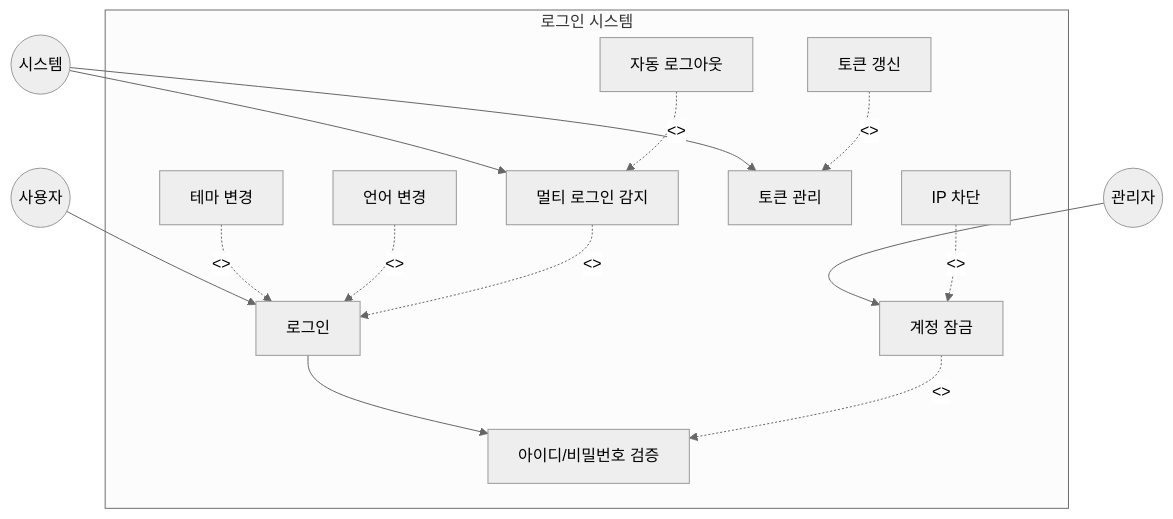
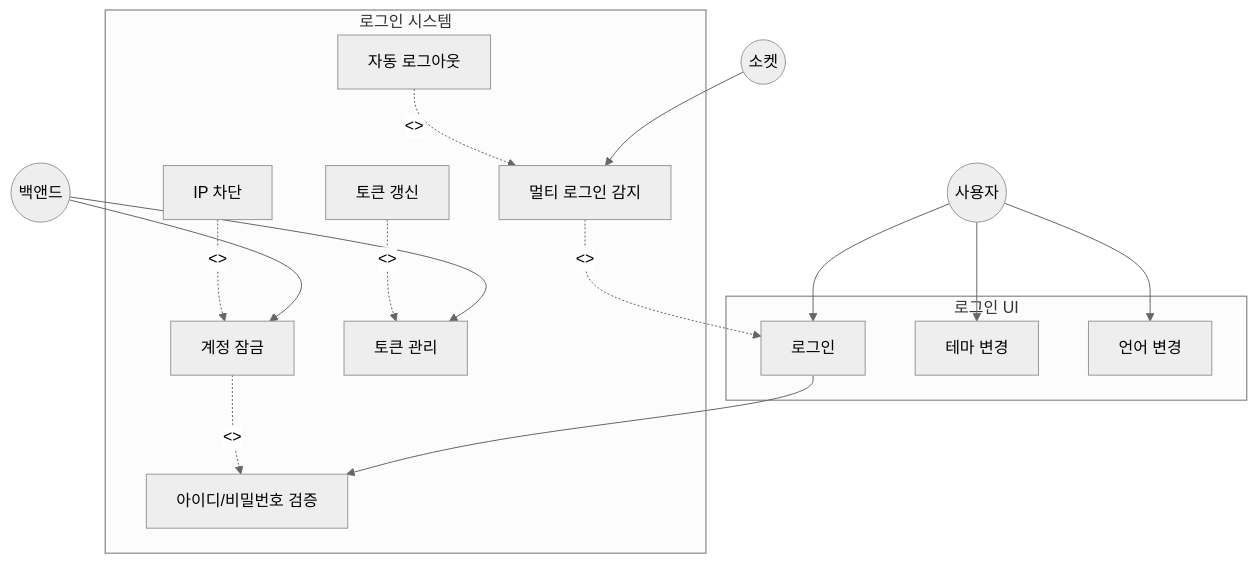
The diagram in documents/분석/로그인/02.flow.md (thanksLee/vitamin-monorepo), drawn with Mermaid (neutral theme) before and after one commit. The commit also changed 2 other files, not shown here.

Commit message:
[COMMON][MONOREPO][#15] docs: Update document

````diff
--- a/documents/분석/로그인/02.flow.md
+++ b/documents/분석/로그인/02.flow.md
@@ -7,52 +7,56 @@
 ```mermaid
 flowchart TB
     %% Actors
     User((사용자))
-    Admin((관리자))
-    System((시스템))
+    Socket((소켓))
+    Backend((백앤드))
 
     %% Use Cases
     Login[로그인]
     ValidateCredentials[아이디/비밀번호 검증]
     ChangeTheme[테마 변경]
     ChangeLanguage[언어 변경]
     AccountLock[계정 잠금]
     IPBlock[IP 차단]
     TokenManagement[토큰 관리]
     MultiLoginDetection[멀티 로그인 감지]
     AutoLogout[자동 로그아웃]
     RefreshToken[토큰 갱신]
 
     %% Relationships
     User --> Login
-    Admin --> AccountLock
-    System --> MultiLoginDetection
-    System --> TokenManagement
+    User --> ChangeTheme
+    User --> ChangeLanguage
+    Socket --> MultiLoginDetection
+    Backend --> AccountLock
+    Backend --> TokenManagement
 
     %% Include relationships
     Login --> ValidateCredentials
 
     %% Extend relationships
-    ChangeTheme -.-> |<<extend>>| Login
-    ChangeLanguage -.-> |<<extend>>| Login
     AccountLock -.-> |<<extend>>| ValidateCredentials
     IPBlock -.-> |<<extend>>| AccountLock
     MultiLoginDetection -.-> |<<extend>>| Login
     AutoLogout -.-> |<<extend>>| MultiLoginDetection
     RefreshToken -.-> |<<extend>>| TokenManagement
 
-    %% System boundary
-    subgraph 로그인 시스템
+    %% Frontend boundary
+    subgraph 로그인 UI
         Login
-        ValidateCredentials
         ChangeTheme
         ChangeLanguage
+    end
+
+    %% Backend boundary
+    subgraph 로그인 시스템
+        ValidateCredentials
         AccountLock
         IPBlock
         TokenManagement
         MultiLoginDetection
         AutoLogout
         RefreshToken
     end
 
 ```
````
